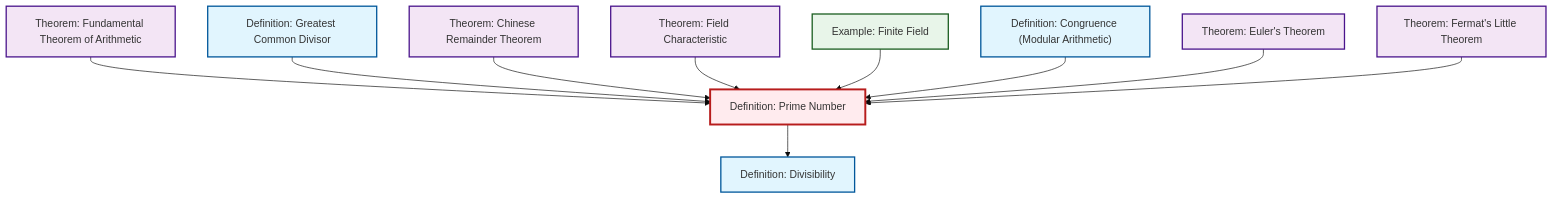
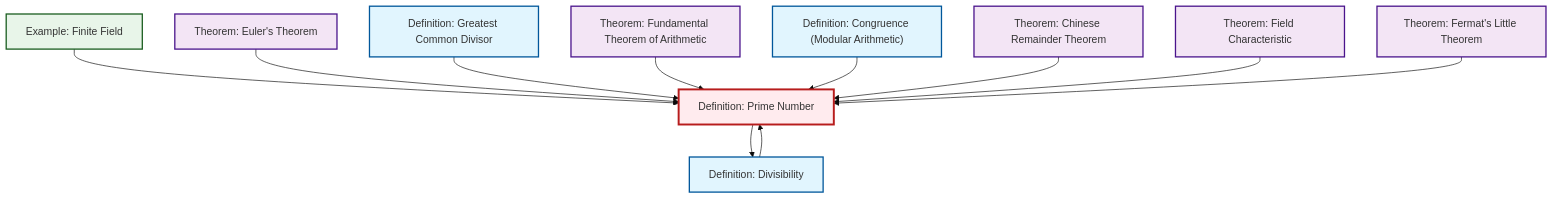
Before and after one commit to RK0429/ModernMath: the diagram in content/ja/number-theory/def-prime.qmd, drawn with Mermaid (base theme). The commit also changed 531 other files, not shown here.

````diff
--- a/content/ja/number-theory/def-prime.qmd
+++ b/content/ja/number-theory/def-prime.qmd
@@ -56,38 +56,39 @@
 ```{mermaid}
 %%| fig-cap: "Local dependency graph"
 graph TD
     classDef definition fill:#e1f5fe,stroke:#01579b,stroke-width:2px
     classDef theorem fill:#f3e5f5,stroke:#4a148c,stroke-width:2px
     classDef axiom fill:#fff3e0,stroke:#e65100,stroke-width:2px
     classDef example fill:#e8f5e9,stroke:#1b5e20,stroke-width:2px
     classDef current fill:#ffebee,stroke:#b71c1c,stroke-width:3px
-    def-prime["Definition: Prime Number"]:::definition
+    thm-chinese-remainder["Theorem: Chinese Remainder Theorem"]:::theorem
+    def-divisibility["Definition: Divisibility"]:::definition
+    ex-finite-field["Example: Finite Field"]:::example
     thm-fundamental-arithmetic["Theorem: Fundamental Theorem of Arithmetic"]:::theorem
-    def-gcd["Definition: Greatest Common Divisor"]:::definition
-    def-divisibility["Definition: Divisibility"]:::definition
-    thm-chinese-remainder["Theorem: Chinese Remainder Theorem"]:::theorem
-    def-congruence["Definition: Congruence (Modular Arithmetic)"]:::definition
-    ex-finite-field["Example: Finite Field"]:::example
     thm-euler["Theorem: Euler's Theorem"]:::theorem
     thm-fermat-little["Theorem: Fermat's Little Theorem"]:::theorem
+    def-congruence["Definition: Congruence (Modular Arithmetic)"]:::definition
+    def-gcd["Definition: Greatest Common Divisor"]:::definition
     thm-field-characteristic["Theorem: Field Characteristic"]:::theorem
+    def-prime["Definition: Prime Number"]:::definition
+    def-prime --> def-divisibility
+    ex-finite-field --> def-prime
+    thm-euler --> def-prime
+    def-gcd --> def-prime
     thm-fundamental-arithmetic --> def-prime
-    def-gcd --> def-prime
-    def-prime --> def-divisibility
+    def-congruence --> def-prime
     thm-chinese-remainder --> def-prime
     thm-field-characteristic --> def-prime
-    ex-finite-field --> def-prime
-    def-congruence --> def-prime
-    thm-euler --> def-prime
+    def-divisibility --> def-prime
     thm-fermat-little --> def-prime
     class def-prime current
+    click thm-chinese-remainder "thm-chinese-remainder.html" "Theorem: Chinese Remainder Theoremへ"
+    click def-divisibility "def-divisibility.html" "Definition: Divisibilityへ"
+    click ex-finite-field "ex-finite-field.html" "Example: Finite Fieldへ"
     click thm-fundamental-arithmetic "thm-fundamental-arithmetic.html" "Theorem: Fundamental Theorem of Arithmeticへ"
-    click def-gcd "def-gcd.html" "Definition: Greatest Common Divisorへ"
-    click def-divisibility "def-divisibility.html" "Definition: Divisibilityへ"
-    click thm-chinese-remainder "thm-chinese-remainder.html" "Theorem: Chinese Remainder Theoremへ"
-    click def-congruence "def-congruence.html" "Definition: Congruence (Modular Arithmetic)へ"
-    click ex-finite-field "ex-finite-field.html" "Example: Finite Fieldへ"
     click thm-euler "thm-euler.html" "Theorem: Euler's Theoremへ"
     click thm-fermat-little "thm-fermat-little.html" "Theorem: Fermat's Little Theoremへ"
+    click def-congruence "def-congruence.html" "Definition: Congruence (Modular Arithmetic)へ"
+    click def-gcd "def-gcd.html" "Definition: Greatest Common Divisorへ"
     click thm-field-characteristic "thm-field-characteristic.html" "Theorem: Field Characteristicへ"
 ```
````
